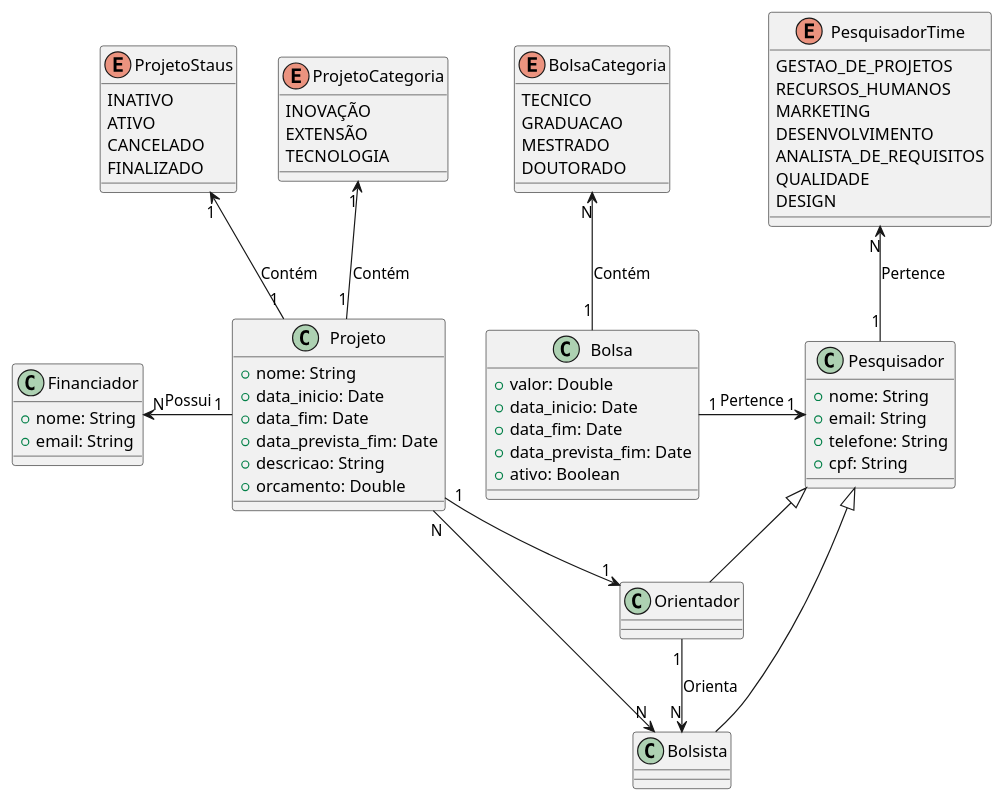
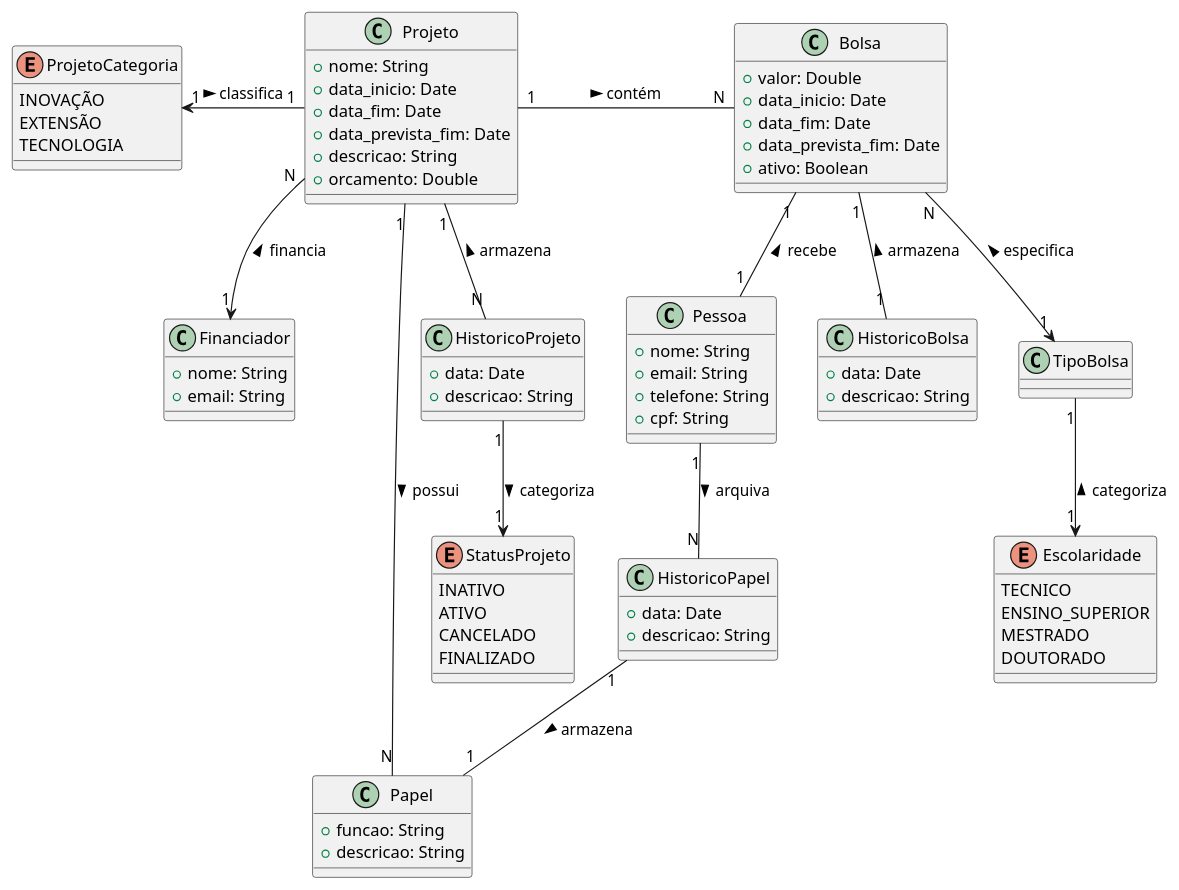
The diagram in diagramas/diagrama-classe.plantuml (sofialctv/coLAB), drawn with PlantUML before and after one commit.

Commit message:
docs: update diagrama de classes (with davidson e joão)

```diff
--- a/diagramas/diagrama-classe.plantuml
+++ b/diagramas/diagrama-classe.plantuml
@@ -1,84 +1,96 @@
-@startuml diagrama-classe
+@startuml
 class Projeto {
   +nome: String
   +data_inicio: Date
   +data_fim: Date  
   +data_prevista_fim: Date
   +descricao: String
   +orcamento: Double
 }
 
-enum ProjetoStaus {
-  INATIVO
-  ATIVO
-  CANCELADO
-  FINALIZADO
-}
 
 enum ProjetoCategoria {
     INOVAÇÃO
     EXTENSÃO
     TECNOLOGIA
 }
 
 class Financiador {
   +nome: String
   +email: String
 }
 
-class Orientador {
+class Papel {
+  +funcao: String
+  +descricao: String
 }
 
-class Bolsista {
-}
-
-class Pesquisador {
+class Pessoa {
   +nome: String
   +email: String
   +telefone: String
   +cpf: String
 }
 
-enum PesquisadorTime {
-    GESTAO_DE_PROJETOS
-    RECURSOS_HUMANOS
-    MARKETING
-    DESENVOLVIMENTO
-    ANALISTA_DE_REQUISITOS
-    QUALIDADE
-    DESIGN
+class HistoricoBolsa {
+  +data: Date
+  +descricao: String
 }
+
+
+class HistoricoProjeto {
+  +data: Date
+  +descricao: String
+}
+
+class HistoricoPapel{
+  +data: Date
+  +descricao: String
+}
+
 
 class Bolsa {
   +valor: Double
   +data_inicio: Date
   +data_fim: Date  
   +data_prevista_fim: Date
   +ativo: Boolean
 }
 
-enum BolsaCategoria {
+class TipoBolsa {
+  
+}
+
+enum StatusProjeto{
+  INATIVO
+  ATIVO
+  CANCELADO
+  FINALIZADO
+}
+
+enum Escolaridade {
     TECNICO
-    GRADUACAO
+    ENSINO_SUPERIOR
     MESTRADO
     DOUTORADO
 }
 
-Projeto "1" -u-> "1" ProjetoCategoria: Contém
-Projeto "1" -u-> "1" ProjetoStaus: Contém
+Projeto "1" -l-> "1" ProjetoCategoria : classifica <  
+Projeto "1" -r- "N" Bolsa: contém >
+Projeto "N" --> "1" Financiador : financia <
+Projeto "1" -- "N" HistoricoProjeto : armazena <
+Projeto "1" -- "N" Papel : possui >
 
-Projeto "1" --> "1" Orientador
-Projeto "N" --> "N" Bolsista
-Projeto "1" -l-> "N" Financiador: Possui
+HistoricoProjeto "1" --> "1" StatusProjeto : categoriza >
 
-Bolsa "1" -r-> "1" Pesquisador: Pertence
-Bolsa "1" -u-> "N" BolsaCategoria: Contém
+Bolsa "1" -- "1" HistoricoBolsa : armazena <
+Bolsa "1" -- "1" Pessoa : recebe <
+Bolsa "N" --> "1" TipoBolsa : especifica <
 
-Pesquisador <|-- Orientador
-Pesquisador <|-- Bolsista
+TipoBolsa "1" --> "1" Escolaridade : categoriza <
 
-Pesquisador "1" -u-> "N" PesquisadorTime: Pertence
 
-Orientador "1" -d-> "N" Bolsista: Orienta
+Pessoa "1" -- "N" HistoricoPapel : arquiva >
 
+HistoricoPapel "1" -- "1" Papel : armazena >
 @enduml
```
